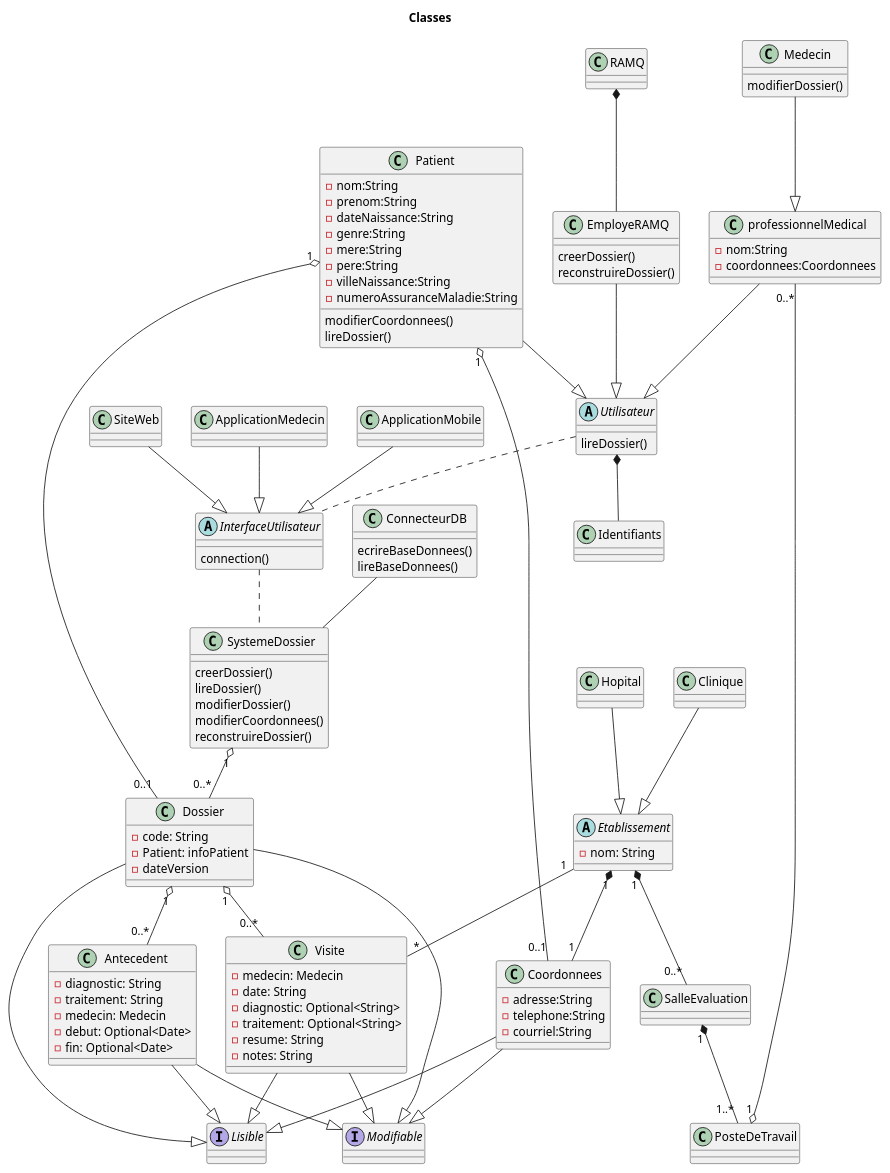
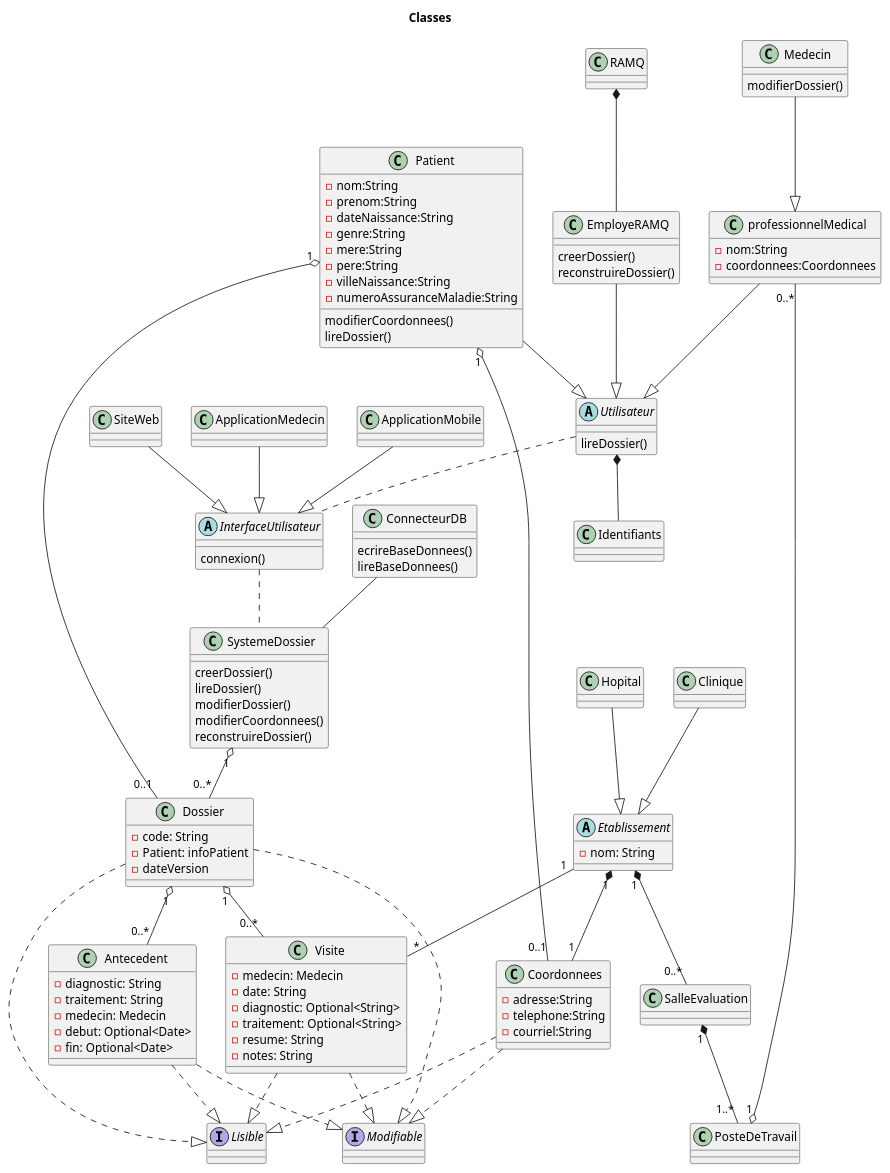
The diagram in classes.puml (vbrayuqam/projet-genielog), drawn with PlantUML before and after one commit. The commit also changed other lines of this file and 12 other files, not shown here.

Commit message:
ajout diagramme connection

```diff
--- a/classes.puml
+++ b/classes.puml
@@ -1,166 +1,166 @@
 @startuml Classes
 
 title Classes
 
 class SystemeDossier{
     creerDossier()
     lireDossier()
     modifierDossier()
     modifierCoordonnees()
     reconstruireDossier()
 
 
 }
 
 class ConnecteurDB{
     ecrireBaseDonnees()
     lireBaseDonnees()
 }
 
 ConnecteurDB -- SystemeDossier
 
 class SiteWeb{
 
 }
 
 
 Utilisateur *-- Identifiants
 
 
 
 class ApplicationMedecin{
 
 }
 
 class ApplicationMobile{
 
 }
 
 abstract InterfaceUtilisateur{
-    connection()
+    connexion()
 }
 
 ApplicationMedecin --|> InterfaceUtilisateur
 ApplicationMobile --|> InterfaceUtilisateur
 SiteWeb --|> InterfaceUtilisateur
 
 InterfaceUtilisateur .. SystemeDossier
 
 
 class Dossier{
     - code: String
     - Patient: infoPatient
     - dateVersion
 }
 
 interface Lisible{}
 interface Modifiable{}
 
-Dossier --|> Lisible
-Dossier --|> Modifiable
+Dossier ..|> Lisible
+Dossier ..|> Modifiable
 
 class Antecedent{
     - diagnostic: String
     - traitement: String
     - medecin: Medecin
     - debut: Optional<Date>
     - fin: Optional<Date>
 }
 
-Antecedent --|> Lisible
-Antecedent --|> Modifiable
+Antecedent ..|> Lisible
+Antecedent ..|> Modifiable
 
 class Visite{
     - medecin: Medecin
     - date: String
     - diagnostic: Optional<String>
     - traitement: Optional<String>
     - resume: String
     - notes: String
 }
 
-Visite --|> Lisible
-Visite --|> Modifiable
+Visite ..|> Lisible
+Visite ..|> Modifiable
 
 class Medecin{
     modifierDossier()
 
 }
 
 class Coordonnees{
     -adresse:String
     -telephone:String
     -courriel:String
 }
 
-Coordonnees --|> Lisible
-Coordonnees --|> Modifiable
+Coordonnees ..|> Lisible
+Coordonnees ..|> Modifiable
 
 class professionnelMedical{
     -nom:String
     -coordonnees:Coordonnees
 }
 
 class Patient{
     -nom:String
     -prenom:String
     -dateNaissance:String
     -genre:String
     -mere:String
     -pere:String
     -villeNaissance:String
     -numeroAssuranceMaladie:String
     modifierCoordonnees()
     lireDossier()
 }
 
 class RAMQ{}
 
 RAMQ *-- EmployeRAMQ
 
 class EmployeRAMQ{
     creerDossier()
     reconstruireDossier()
 }
 
 class SalleEvaluation{}
 class PosteDeTravail{}
 
 
 abstract Utilisateur{
     lireDossier()
 }
 
 class Hopital{}
 class Clinique{}
 
 abstract Etablissement{
     - nom: String
 }
 
 Patient --|> Utilisateur
 professionnelMedical --|> Utilisateur
 
 Utilisateur .. InterfaceUtilisateur
 
 
 Hopital --|> Etablissement
 Clinique --|> Etablissement
 EmployeRAMQ --|> Utilisateur
 Etablissement "1" *-- "1" Coordonnees
 Etablissement "1" *-- "0..*" SalleEvaluation
 SalleEvaluation "1" *-- "1..*" PosteDeTravail
 Patient "1" o-- "0..1" Coordonnees
 Medecin --|> professionnelMedical
 professionnelMedical "0..*" --o "1" PosteDeTravail
 SystemeDossier "1" o-- "0..*" Dossier
 
 Patient "1" o-- "0..1" Dossier
 
 Dossier "1" o-- "0..*" Antecedent
 
 Dossier "1" o-- "0..*" Visite
 
 Etablissement "1" -- "*" Visite
 
 @enduml
```
